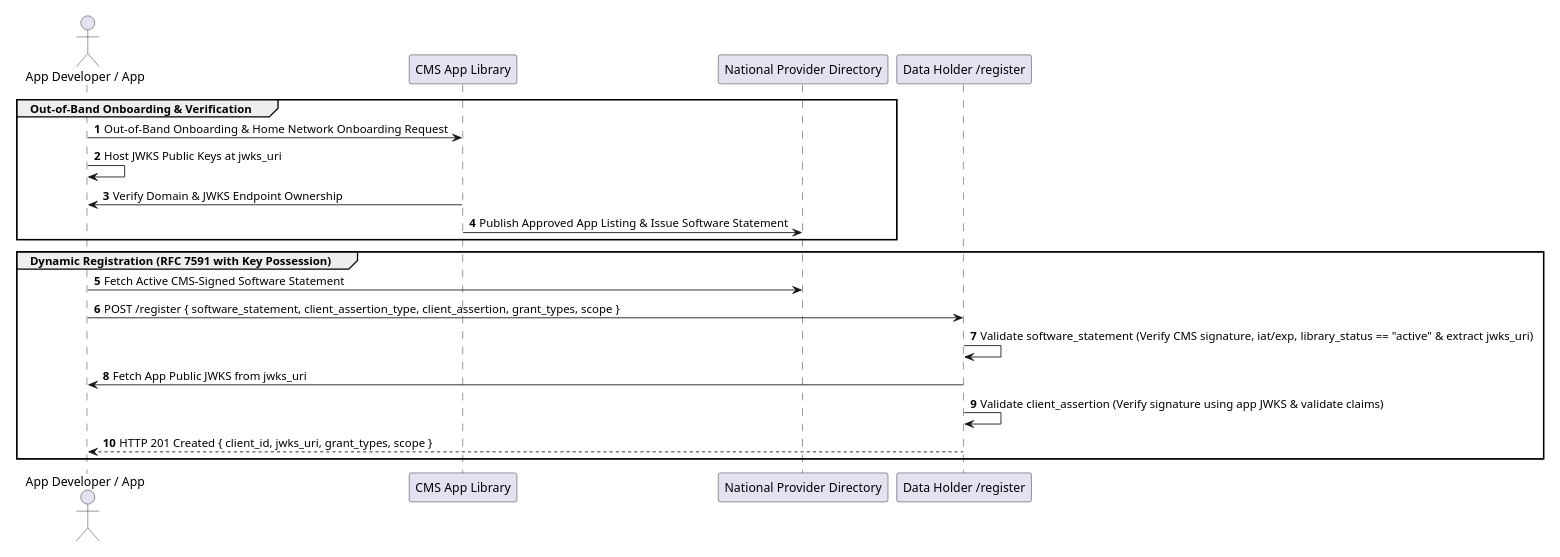
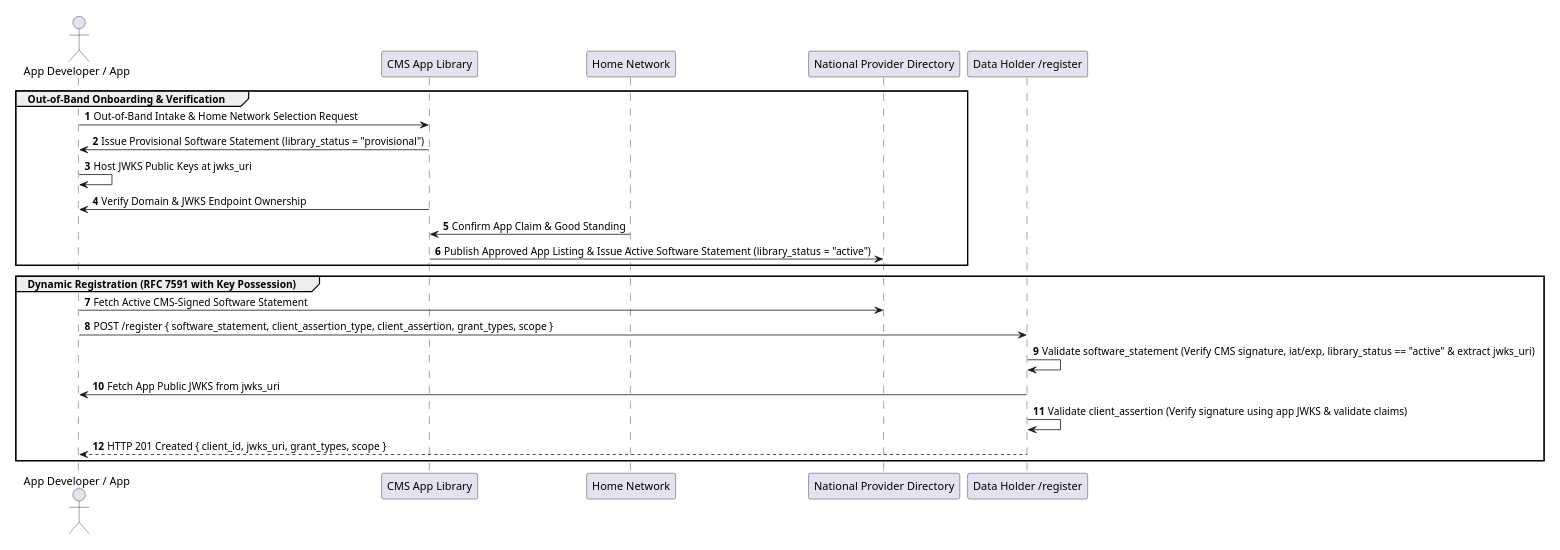
One commit to alex-dzeda/can-ig changed the diagram in input/pages/registration.md. Above: the diagram before and after it, drawn with PlantUML. The commit also changed other lines of this file and 3 other files, not shown here.

````diff
--- a/input/pages/registration.md
+++ b/input/pages/registration.md
@@ -26,26 +26,29 @@
 ```plantuml
 @startuml
 scale max 1000 width
 autonumber
 actor "App Developer / App" as App
 participant "CMS App Library" as CMS
+participant "Home Network" as Network
 participant "National Provider Directory" as Directory
 participant "Data Holder /register" as DH
 
 group Out-of-Band Onboarding & Verification
-App -> CMS: Out-of-Band Onboarding & Home Network Onboarding Request
+App -> CMS: Out-of-Band Intake & Home Network Selection Request
+CMS -> App: Issue Provisional Software Statement (library_status = "provisional")
 App -> App: Host JWKS Public Keys at jwks_uri
 CMS -> App: Verify Domain & JWKS Endpoint Ownership
-CMS -> Directory: Publish Approved App Listing & Issue Software Statement
+Network -> CMS: Confirm App Claim & Good Standing
+CMS -> Directory: Publish Approved App Listing & Issue Active Software Statement (library_status = "active")
 end
 
 group Dynamic Registration (RFC 7591 with Key Possession)
 App -> Directory: Fetch Active CMS-Signed Software Statement
 App -> DH: POST /register { software_statement, client_assertion_type, client_assertion, grant_types, scope }
 DH -> DH: Validate software_statement (Verify CMS signature, iat/exp, library_status == "active" & extract jwks_uri)
 DH -> App: Fetch App Public JWKS from jwks_uri
 DH -> DH: Validate client_assertion (Verify signature using app JWKS & validate claims)
 DH --> App: HTTP 201 Created { client_id, jwks_uri, grant_types, scope }
 end
 @enduml
 ```
````
